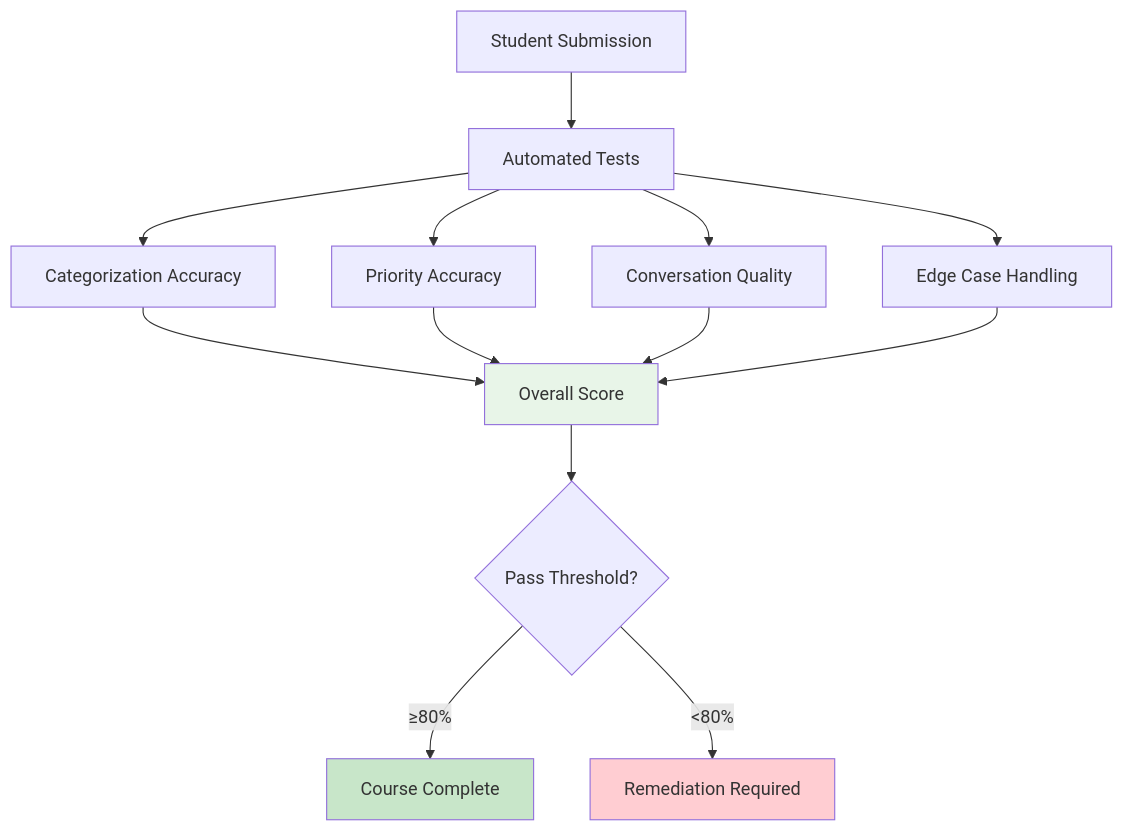
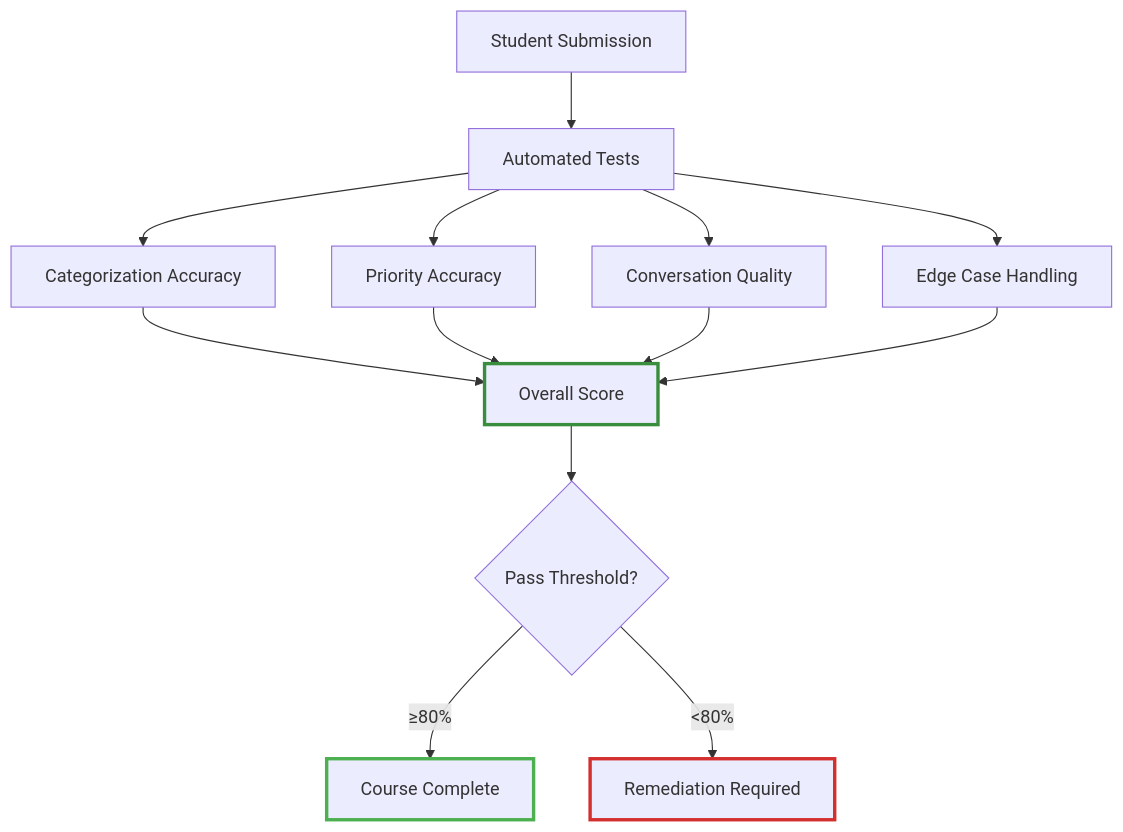
Before and after one commit to dextersjab/agentic-workbench-langgraph: the seventh of 7 diagrams in README.md, drawn with Mermaid. The commit also changed other lines of this file, not shown here.

````diff
--- a/README.md
+++ b/README.md
@@ -347,21 +347,21 @@
 ```mermaid
 graph TD
     A[Student Submission] --> B[Automated Tests]
     B --> C[Categorization Accuracy]
     B --> D[Priority Accuracy]
     B --> E[Conversation Quality]
     B --> F[Edge Case Handling]
     
     C --> G[Overall Score]
     D --> G
     E --> G
     F --> G
     
     G --> H{Pass Threshold?}
     H -->|≥80%| I[Course Complete]
     H -->|<80%| J[Remediation Required]
     
-    style G fill:#e8f5e8
-    style I fill:#c8e6c9
-    style J fill:#ffcdd2
+    style G stroke:#388e3c,stroke-width:3px
+    style I stroke:#4caf50,stroke-width:3px
+    style J stroke:#d32f2f,stroke-width:3px
 ```
````
